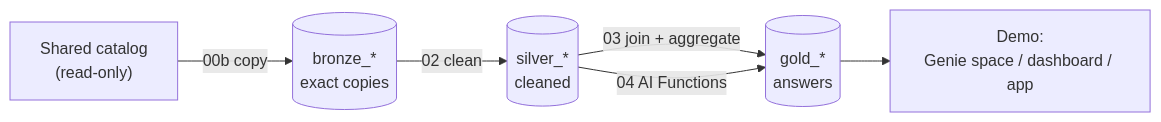
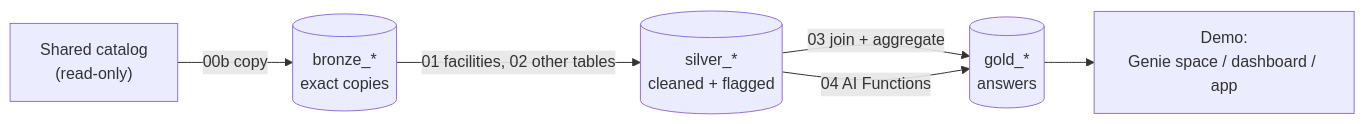
Before and after one commit to Aryushix/databricks-fall2026-hackathon: the diagram in README.md, drawn with Mermaid. The commit also changed other lines of this file and 16 other files, not shown here.

````diff
--- a/README.md
+++ b/README.md
@@ -36,8 +41,8 @@
 ```mermaid
 flowchart LR
   S["Shared catalog<br/>(read-only)"] -->|00b copy| B[("bronze_*<br/>exact copies")]
-  B -->|02 clean| SV[("silver_*<br/>cleaned")]
+  B -->|01 facilities, 02 other tables| SV[("silver_*<br/>cleaned + flagged")]
   SV -->|03 join + aggregate| G[("gold_*<br/>answers")]
   SV -->|04 AI Functions| G
   G --> D["Demo:<br/>Genie space / dashboard / app"]
 ```
````
